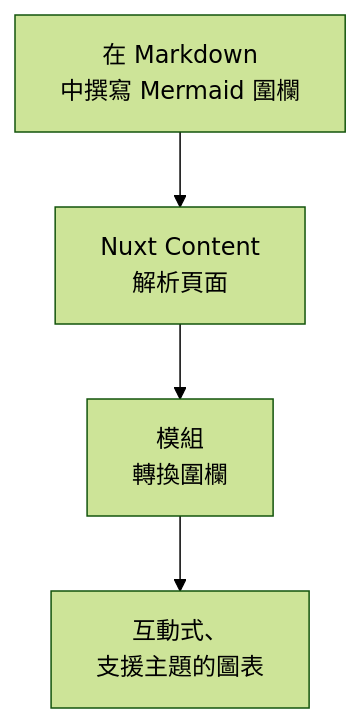
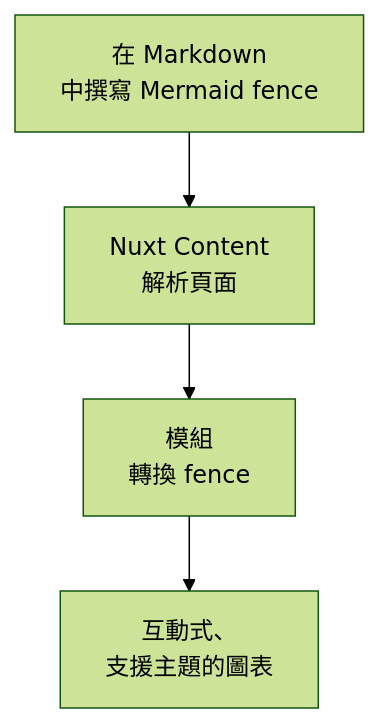
One commit to andy820621/nuxt-content-mermaid changed the diagram in website/content/zh/1.index.md. Above: the diagram before and after it, drawn with Mermaid (forest theme). The commit also changed 35 other files, not shown here.

````diff
--- a/website/content/zh/1.index.md
+++ b/website/content/zh/1.index.md
@@ -7,11 +7,11 @@
 ```mermaid
 flowchart TD
-  Source["在 Markdown<br/>中撰寫 Mermaid 圍欄"]
+  Source["在 Markdown<br/>中撰寫 Mermaid fence"]
   Content["Nuxt Content<br/>解析頁面"]
-  Module["模組<br/>轉換圍欄"]
+  Module["模組<br/>轉換 fence"]
   Diagram["互動式、<br/>支援主題的圖表"]
 
   Source --> Content
   Content --> Module
   Module --> Diagram
 ```
````
